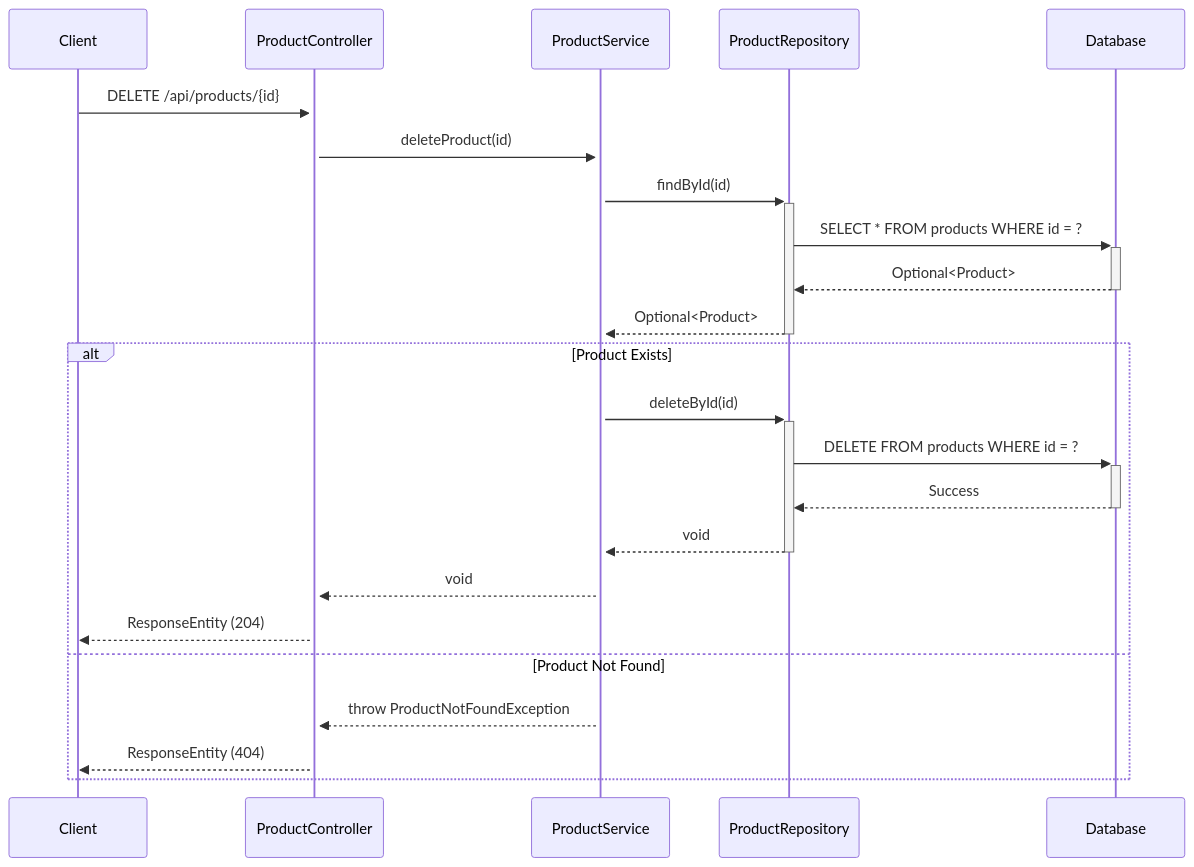
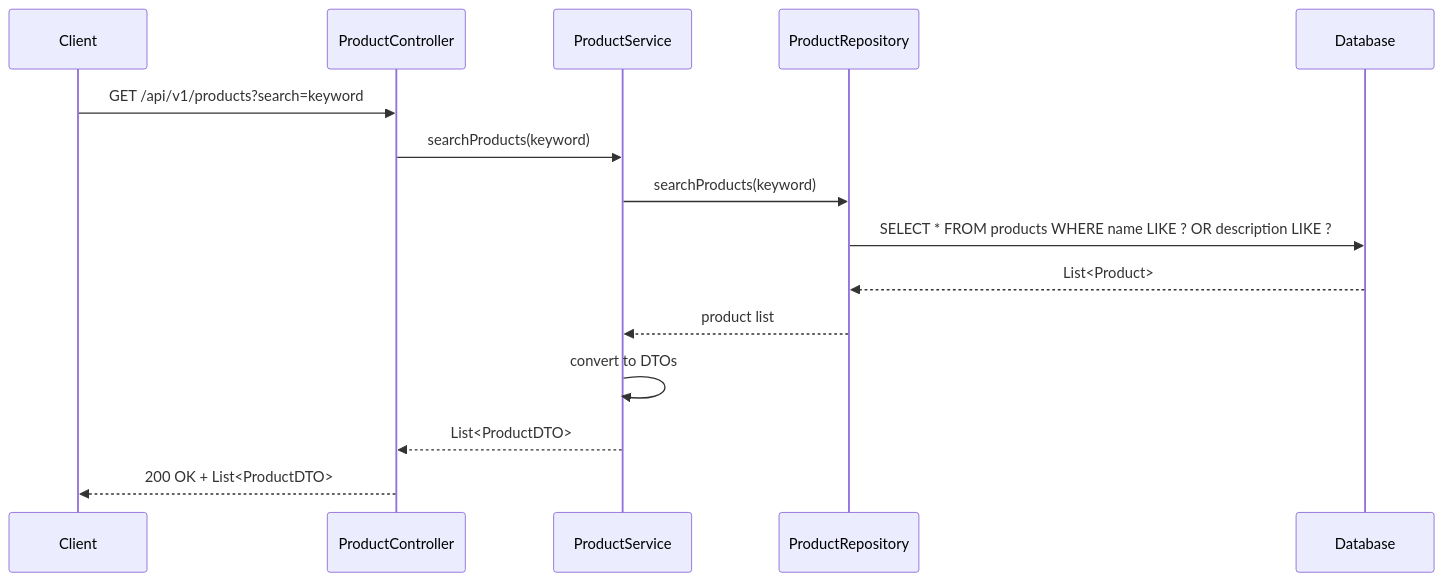
One commit to NavneetBN47/aava-ecom-demo changed the fourth of 8 diagrams in docs/LLD/lld.md. Above: the diagram before and after it, drawn with Mermaid. The commit also changed other lines of this file, not shown here.

````diff
--- a/docs/LLD/lld.md
+++ b/docs/LLD/lld.md
@@ -203,28 +1496,18 @@
 ```mermaid
 sequenceDiagram
     participant Client
     participant ProductController
     participant ProductService
     participant ProductRepository
     participant Database
-    
-    Client->>+ProductController: DELETE /api/products/{id}
-    ProductController->>+ProductService: deleteProduct(id)
-    
-    ProductService->>+ProductRepository: findById(id)
-    ProductRepository->>+Database: SELECT * FROM products WHERE id = ?
-    Database-->>-ProductRepository: Optional<Product>
-    ProductRepository-->>-ProductService: Optional<Product>
-    
-    alt Product Exists
-        ProductService->>+ProductRepository: deleteById(id)
-        ProductRepository->>+Database: DELETE FROM products WHERE id = ?
-        Database-->>-ProductRepository: Success
-        ProductRepository-->>-ProductService: void
-        ProductService-->>ProductController: void
-        ProductController-->>Client: ResponseEntity (204)
-    else Product Not Found
-        ProductService-->>ProductController: throw ProductNotFoundException
-        ProductController-->>Client: ResponseEntity (404)
-    end
+
+    Client->>ProductController: GET /api/v1/products?search=keyword
+    ProductController->>ProductService: searchProducts(keyword)
+    ProductService->>ProductRepository: searchProducts(keyword)
+    ProductRepository->>Database: SELECT * FROM products WHERE name LIKE ? OR description LIKE ?
+    Database-->>ProductRepository: List<Product>
+    ProductRepository-->>ProductService: product list
+    ProductService->>ProductService: convert to DTOs
+    ProductService-->>ProductController: List<ProductDTO>
+    ProductController-->>Client: 200 OK + List<ProductDTO>
 ```
````
